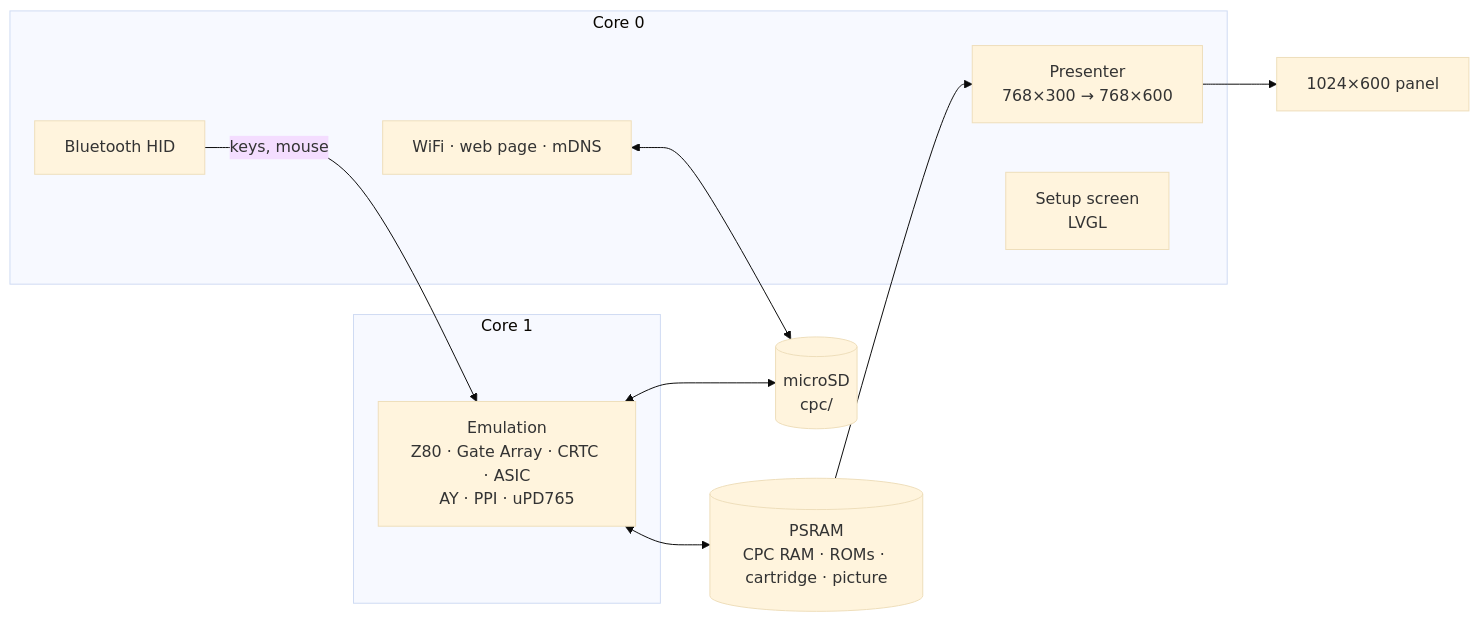
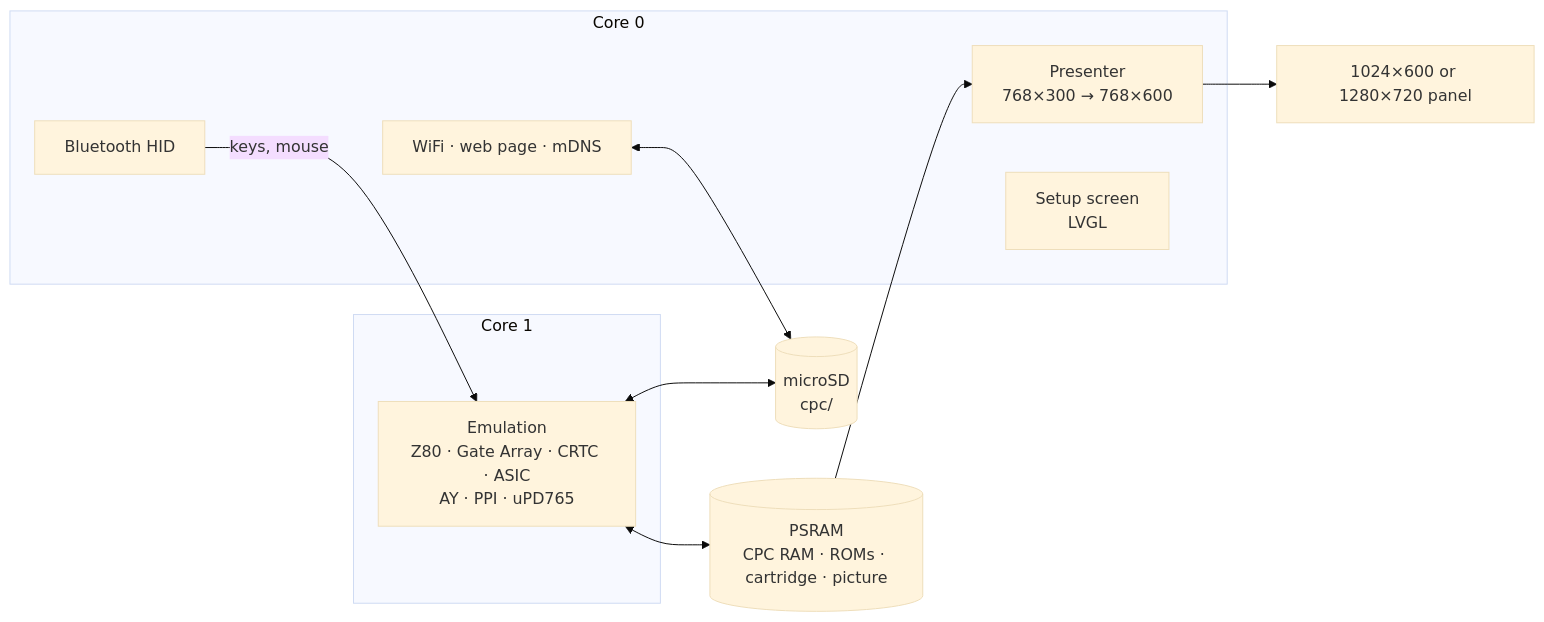
The diagram in README.md (rlucencic/esp32cpc), drawn with Mermaid (base theme) before and after one commit. The commit also changed other lines of this file and 3 other files, not shown here.

````diff
--- a/README.md
+++ b/README.md
@@ -173,20 +178,20 @@
 ```mermaid
 flowchart LR
   subgraph core1 [Core 1]
     EMU["Emulation<br>Z80 · Gate Array · CRTC · ASIC<br>AY · PPI · uPD765"]
   end
   subgraph core0 [Core 0]
     PRES[Presenter<br>768×300 → 768×600]
     UI[Setup screen<br>LVGL]
     NET[WiFi · web page · mDNS]
     BLE[Bluetooth HID]
   end
   PSRAM[(PSRAM<br>CPC RAM · ROMs · cartridge · picture)]
   SD[(microSD<br>cpc/)]
   EMU <--> PSRAM
-  PRES --> LCD[1024×600 panel]
+  PRES --> LCD[1024×600 or 1280×720 panel]
   PSRAM --> PRES
   BLE -- keys, mouse --> EMU
   EMU <--> SD
   NET <--> SD
 ```
````
